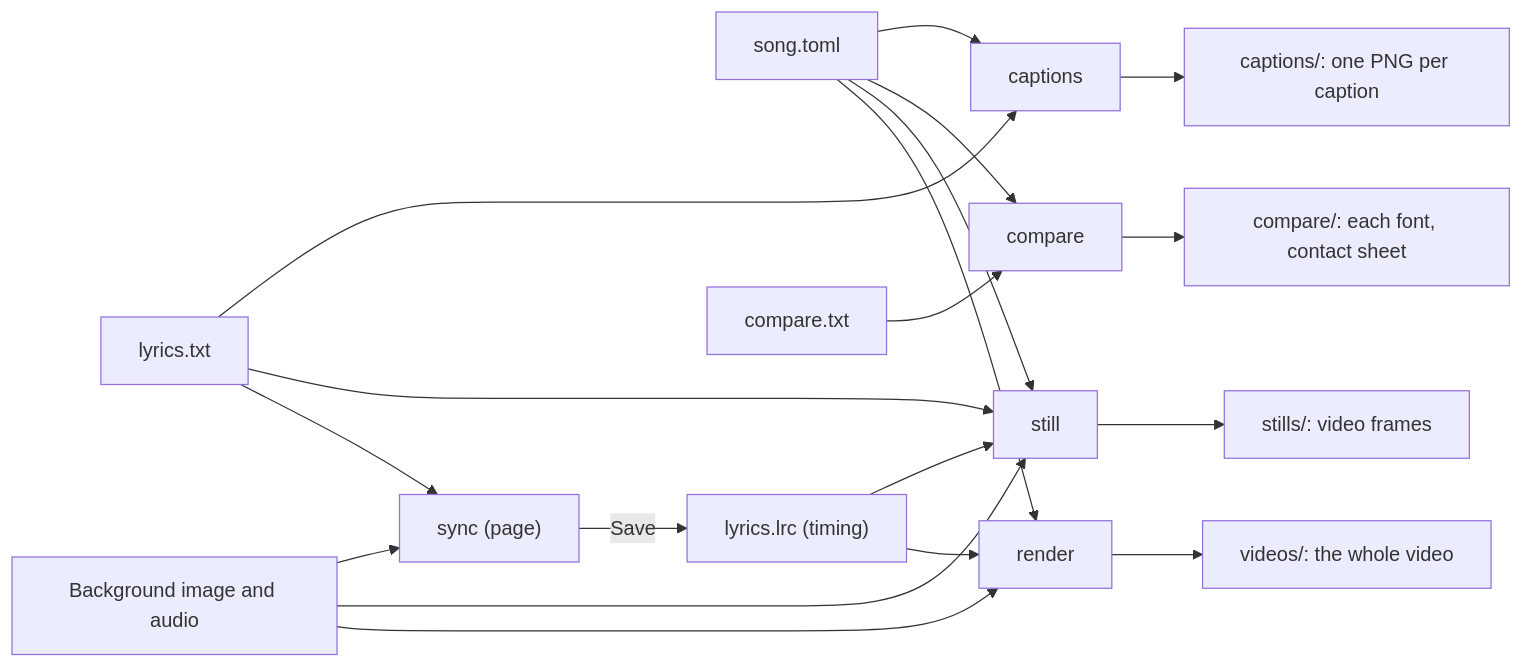
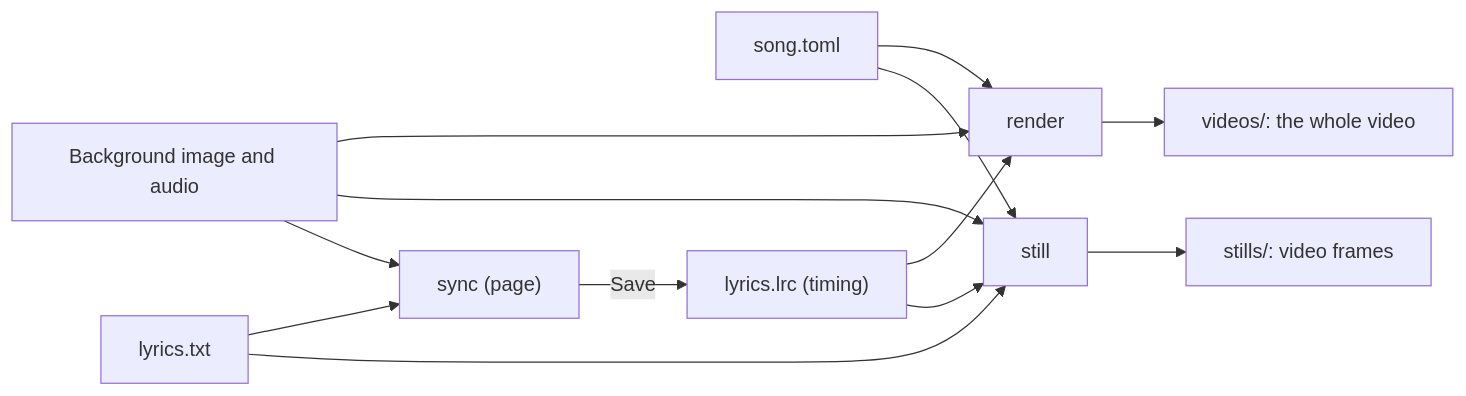
Before and after one commit to musica-sanare/lyrics-video-app: the diagram in docs/en/USER_GUIDE.md, drawn with Mermaid. The commit also changed other lines of this file and 27 other files, not shown here.

````diff
--- a/docs/en/USER_GUIDE.md
+++ b/docs/en/USER_GUIDE.md
@@ -12,28 +11,20 @@
 ```mermaid
 flowchart LR
   song["song.toml"]
   lyrics["lyrics.txt"]
   timing["lyrics.lrc (timing)"]
-  comparetxt["compare.txt"]
   media["Background image and audio"]
-  captions["captions"]
-  compare["compare"]
   still["still"]
   render["render"]
   sync["sync (page)"]
-  outCaptions["captions/: one PNG per caption"]
-  outCompare["compare/: each font, contact sheet"]
   outStills["stills/: video frames"]
   outVideos["videos/: the whole video"]
-  song --> captions & compare & still & render
-  lyrics --> captions & still
+  song --> still & render
+  lyrics --> still
   timing --> still & render
   lyrics & media --> sync
   sync -->|Save| timing
-  comparetxt --> compare
   media --> still & render
   render --> outVideos
-  captions --> outCaptions
-  compare --> outCompare
   still --> outStills
 ```
````
